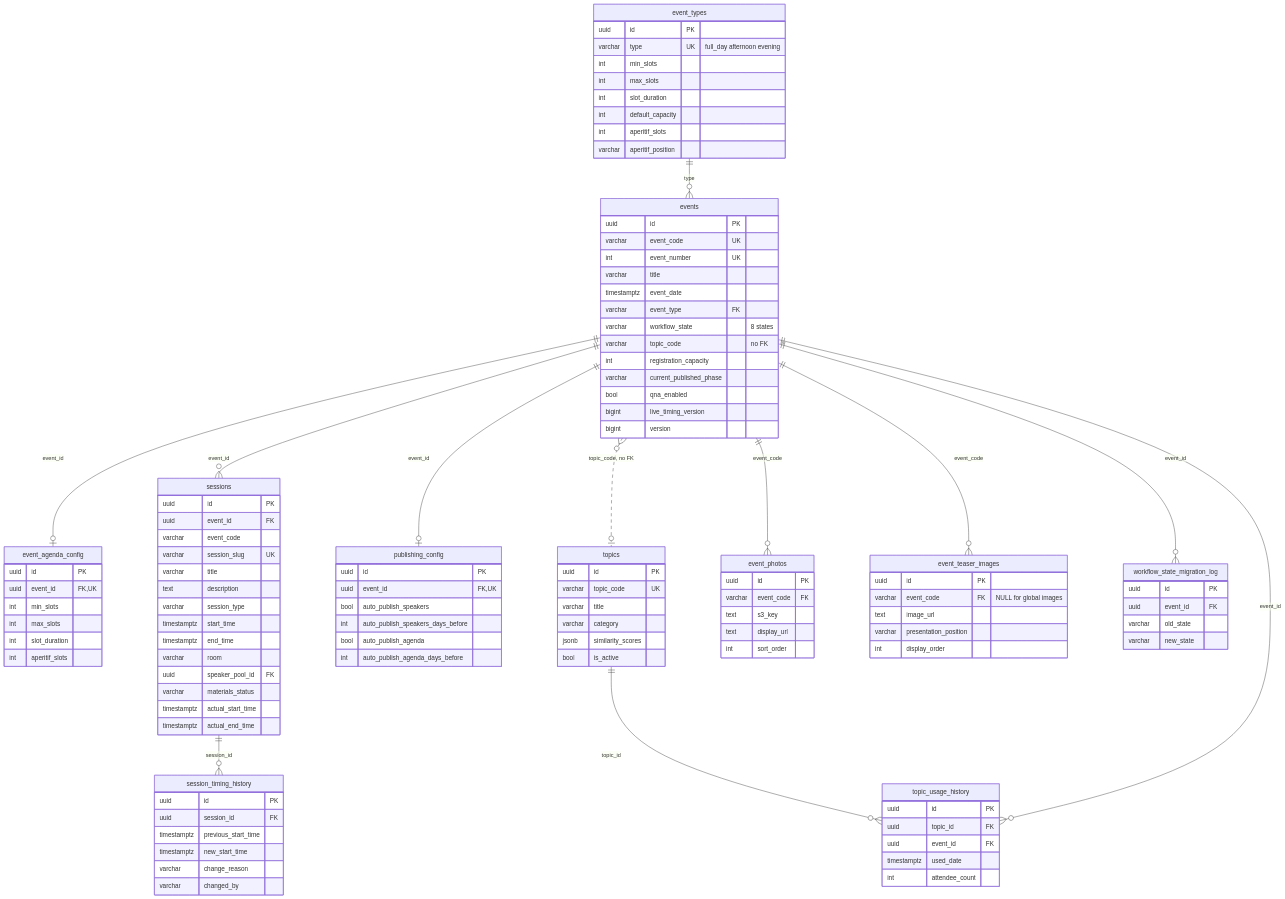
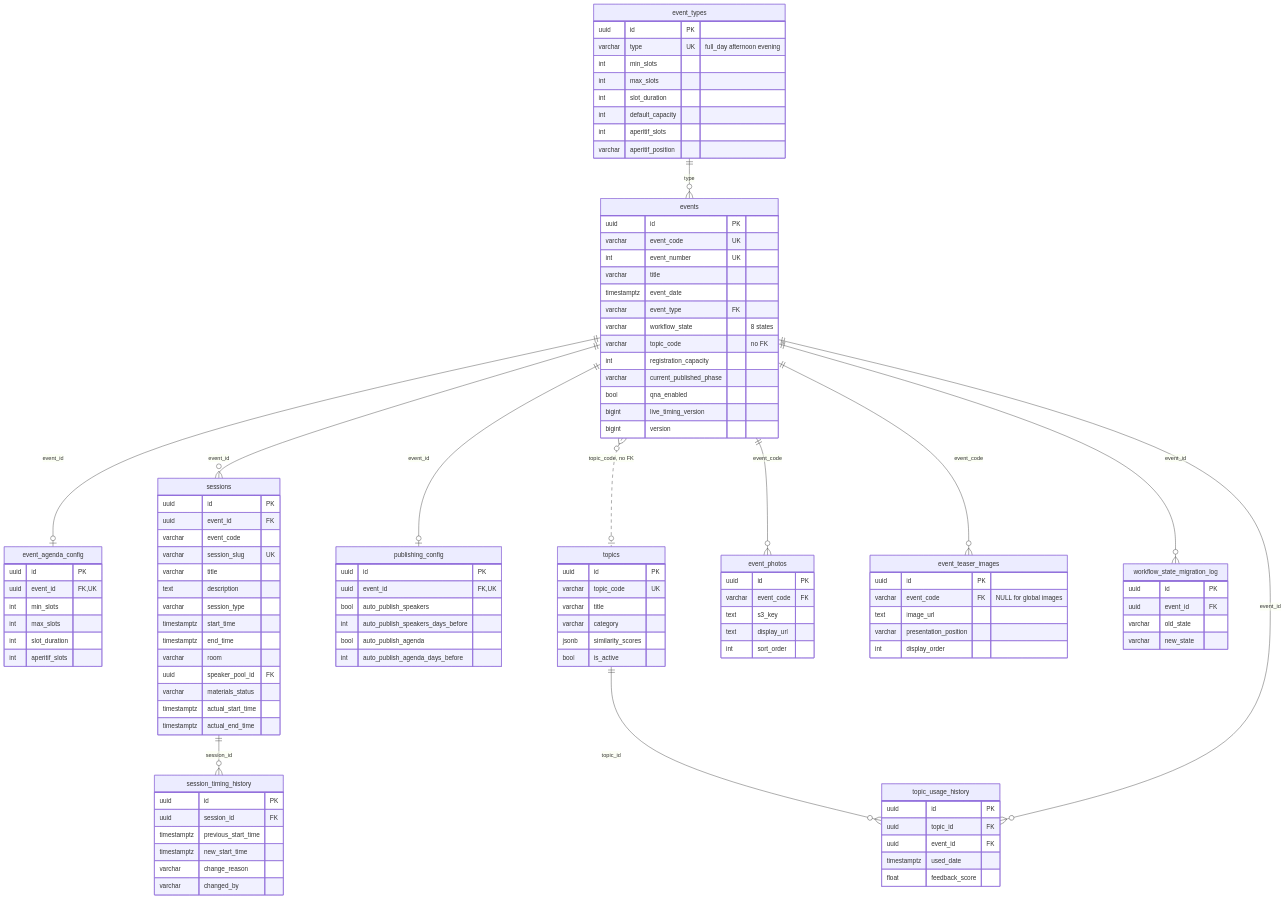
Before and after one commit to nissimbuchs/BATbern2: the tenth of 18 diagrams in docs/architecture/03-data-architecture.md, drawn with Mermaid. The commit also changed other lines of this file and 479 other files, not shown here.

```diff
--- a/docs/architecture/03-data-architecture.md
+++ b/docs/architecture/03-data-architecture.md
@@ -722,7 +722,7 @@
         uuid topic_id FK
         uuid event_id FK
         timestamptz used_date
-        int attendee_count
+        float feedback_score
     }
     event_photos {
         uuid id PK
```
